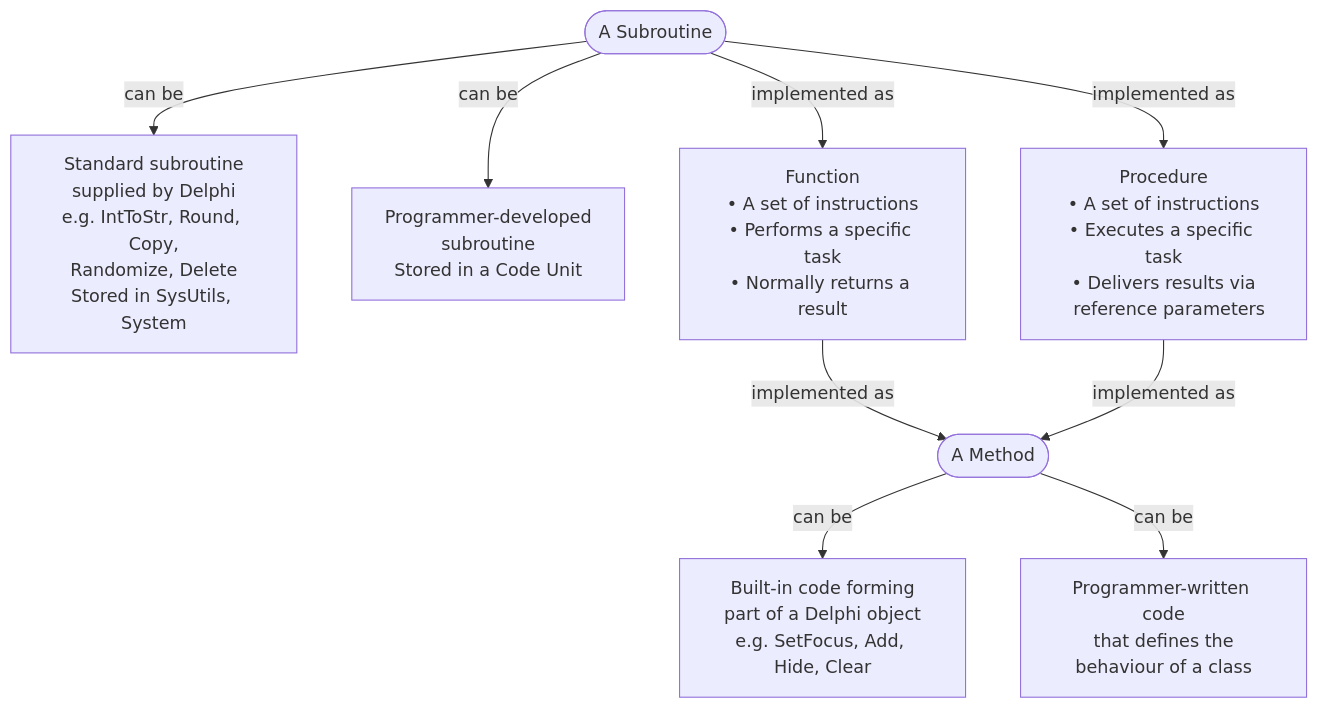
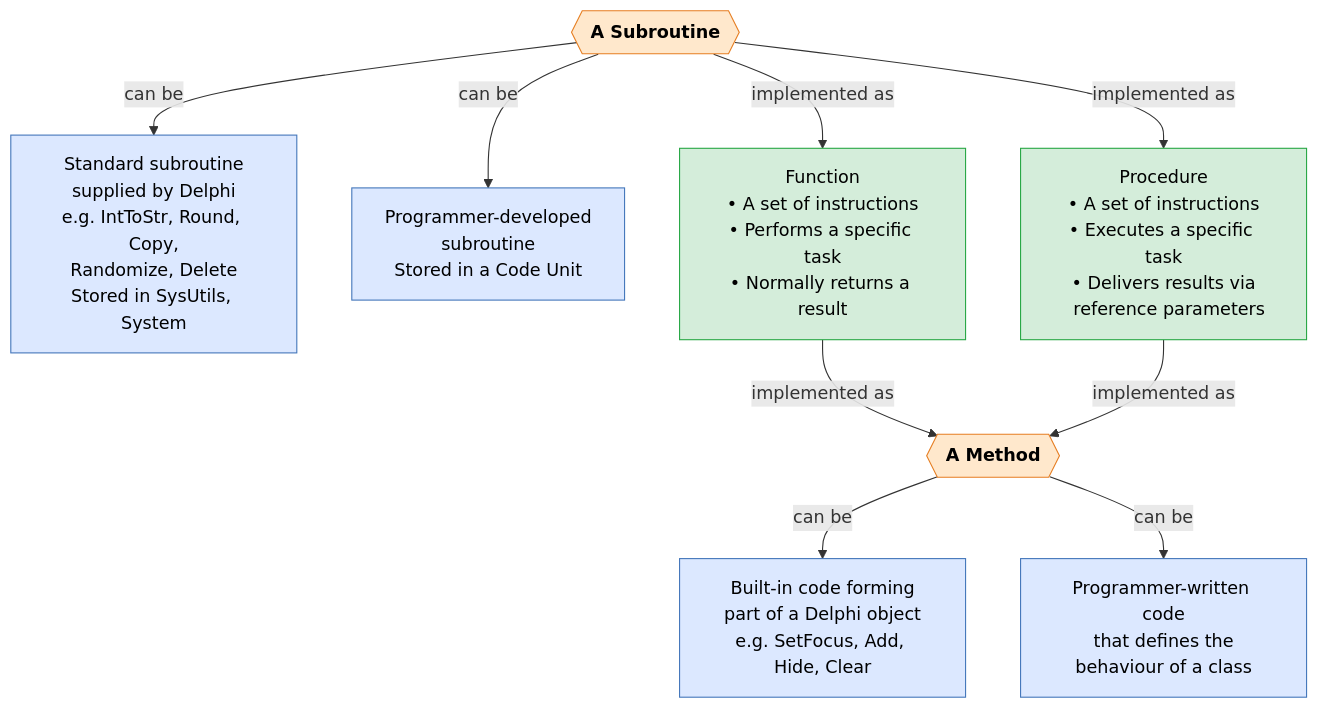
One commit to MrCooksIT/it-gateway changed the first of 2 diagrams in docs/practical/delphi/procedures-functions.md. Above: the diagram before and after it, drawn with Mermaid. The commit also changed 2 other files, not shown here.

Commit message:
Improve diagrams with colour coding and remove DDL from SQL index
- Subroutines diagram: hexagon nodes for Subroutine/Method with classDef
  orange/green/blue colour coding to distinguish concept types
- Event-driven diagram: LR layout with classDef teal/orange/green/blue,
  restructured to show flow from sources → events → handlers → procedures
- SQL index: remove DDL row (CREATE/ALTER/DROP not assessed in CAPS Paper 1)

https://claude.ai/code/session_01D3vPBoJHWFETKZbuuveb8G

````diff
--- a/docs/practical/delphi/procedures-functions.md
+++ b/docs/practical/delphi/procedures-functions.md
@@ -14,20 +14,24 @@
 ```mermaid
 flowchart TD
-    SUB(["A Subroutine"])
+    classDef orange fill:#ffe8cc,stroke:#e67e22,color:#000,font-weight:bold
+    classDef green  fill:#d4edda,stroke:#28a745,color:#000
+    classDef blue   fill:#dce8ff,stroke:#4477bb,color:#000
 
-    SUB -->|can be| STD["Standard subroutine\nsupplied by Delphi\ne.g. IntToStr, Round, Copy,\nRandomize, Delete\nStored in SysUtils, System"]
-    SUB -->|can be| PROG["Programmer-developed\nsubroutine\nStored in a Code Unit"]
+    SUB{{A Subroutine}}:::orange
+
+    SUB -->|can be| STD["Standard subroutine\nsupplied by Delphi\ne.g. IntToStr, Round, Copy,\nRandomize, Delete\nStored in SysUtils, System"]:::blue
+    SUB -->|can be| PROG["Programmer-developed\nsubroutine\nStored in a Code Unit"]:::blue
 
     SUB -->|implemented as| FUNC
     SUB -->|implemented as| PROC
 
-    FUNC["Function\n• A set of instructions\n• Performs a specific task\n• Normally returns a result"]
-    PROC["Procedure\n• A set of instructions\n• Executes a specific task\n• Delivers results via\n  reference parameters"]
+    FUNC["Function\n• A set of instructions\n• Performs a specific task\n• Normally returns a result"]:::green
+    PROC["Procedure\n• A set of instructions\n• Executes a specific task\n• Delivers results via\n  reference parameters"]:::green
 
-    METH(["A Method"])
-    METH -->|can be| BI["Built-in code forming\npart of a Delphi object\ne.g. SetFocus, Add, Hide, Clear"]
-    METH -->|can be| PW["Programmer-written code\nthat defines the\nbehaviour of a class"]
+    METH{{A Method}}:::orange
+    METH -->|can be| BI["Built-in code forming\npart of a Delphi object\ne.g. SetFocus, Add, Hide, Clear"]:::blue
+    METH -->|can be| PW["Programmer-written code\nthat defines the\nbehaviour of a class"]:::blue
 
     FUNC -->|implemented as| METH
     PROC -->|implemented as| METH
 ```
````
